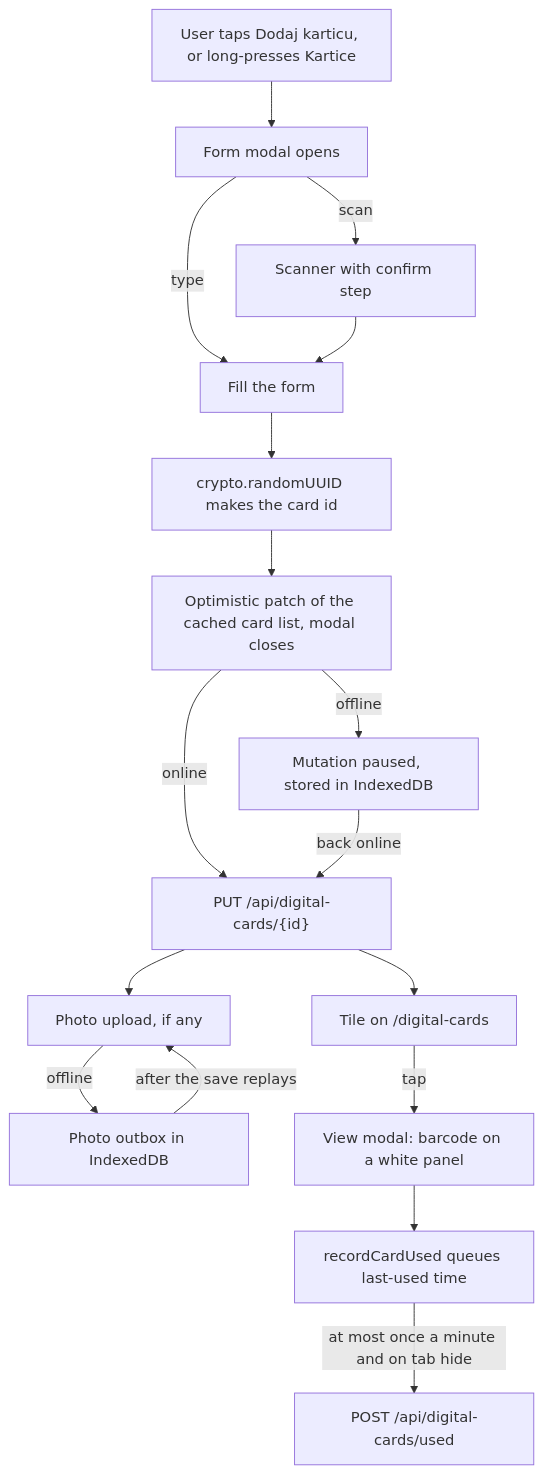
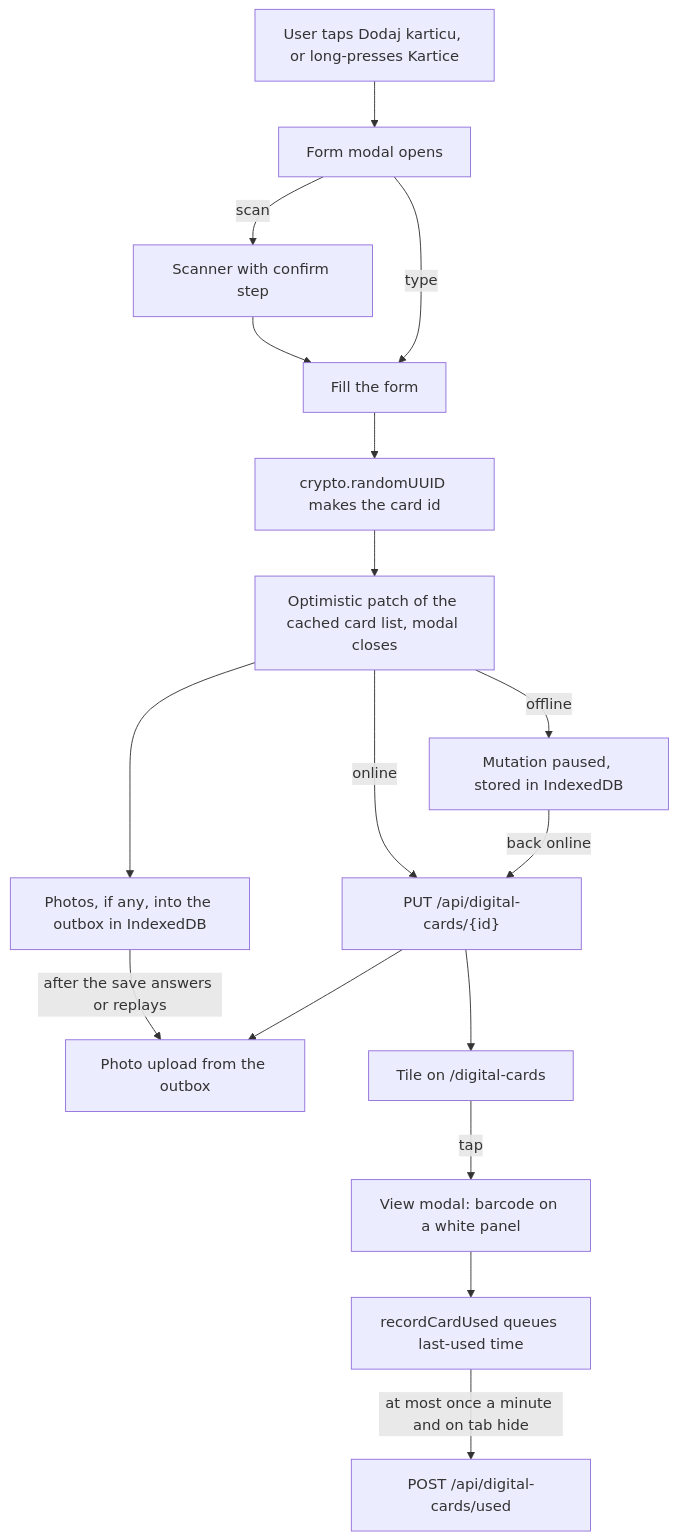
Before and after one commit to OffCrazyFreak/Disscount: the diagram in docs/DIGITAL-CARDS.md, drawn with Mermaid. The commit also changed other lines of this file and 2 other files, not shown here.

First line of the commit message:
docs(offline): Describe the honest offline state at start and reconnect

````diff
--- a/docs/DIGITAL-CARDS.md
+++ b/docs/DIGITAL-CARDS.md
@@ -33,19 +33,19 @@
 ```mermaid
 flowchart TD
     A[User taps Dodaj karticu, or long-presses Kartice] --> B[Form modal opens]
     B -->|scan| S[Scanner with confirm step]
     B -->|type| F[Fill the form]
     S --> F
     F --> G[crypto.randomUUID makes the card id]
     G --> H[Optimistic patch of the cached card list, modal closes]
+    H --> O[Photos, if any, into the outbox in IndexedDB]
     H -->|online| P["PUT /api/digital-cards/{id}"]
     H -->|offline| Q[Mutation paused, stored in IndexedDB]
     Q -->|back online| P
-    P --> R[Photo upload, if any]
-    R -->|offline| O[Photo outbox in IndexedDB]
-    O -->|after the save replays| R
+    P --> R[Photo upload from the outbox]
+    O -->|after the save answers or replays| R
     P --> V[Tile on /digital-cards]
     V -->|tap| W[View modal: barcode on a white panel]
     W --> U[recordCardUsed queues last-used time]
     U -->|at most once a minute and on tab hide| X["POST /api/digital-cards/used"]
 ```
````
